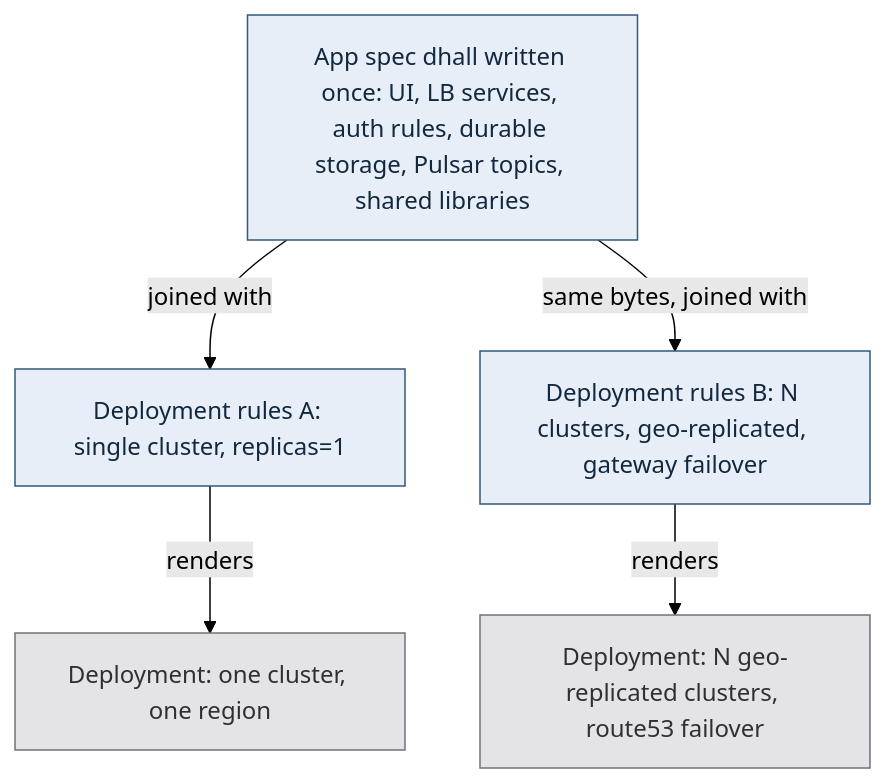
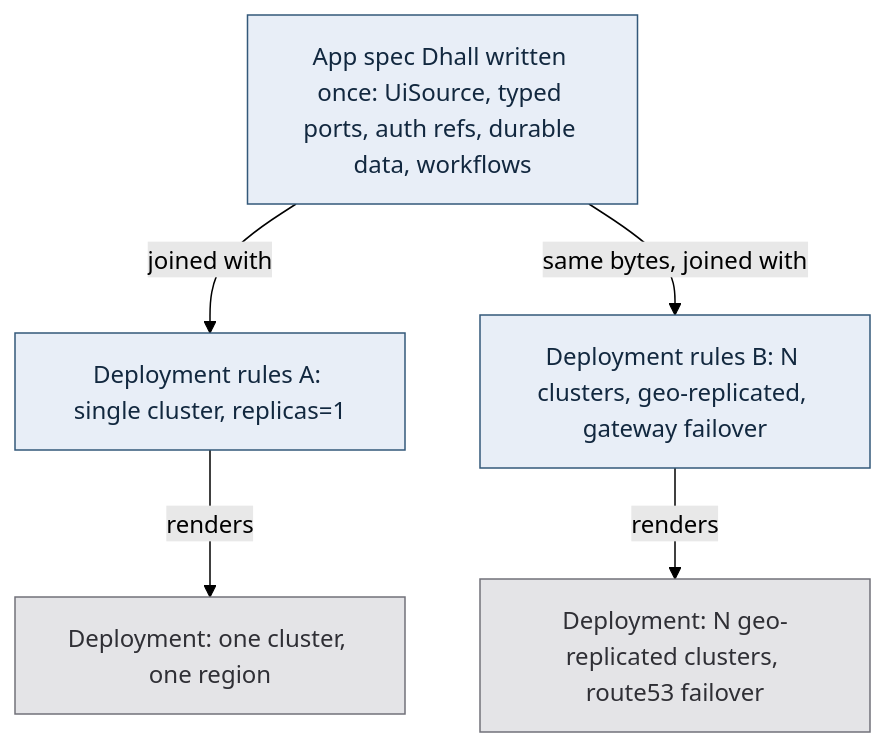
The diagram in documents/engineering/app_vs_deployment_doctrine.md (Tuee22/amoebius), drawn with Mermaid (forest theme) before and after one commit. The commit also changed other lines of this file and 144 other files, not shown here.

````diff
--- a/documents/engineering/app_vs_deployment_doctrine.md
+++ b/documents/engineering/app_vs_deployment_doctrine.md
@@ -324,9 +330,9 @@
 ```mermaid
 flowchart TD
-  app["App spec dhall written once: UI, LB services, auth rules, durable storage, Pulsar topics, shared libraries"]:::intent -->|joined with| r1["Deployment rules A: single cluster, replicas=1"]:::intent
+  app["App spec Dhall written once: UiSource, typed ports, auth refs, durable data, workflows"]:::intent -->|joined with| r1["Deployment rules A: single cluster, replicas=1"]:::intent
   app -->|same bytes, joined with| r2["Deployment rules B: N clusters, geo-replicated, gateway failover"]:::intent
   r1 -->|renders| d1["Deployment: one cluster, one region"]:::runtime
   r2 -->|renders| d2["Deployment: N geo-replicated clusters, route53 failover"]:::runtime
   classDef intent   fill:#e8eef7,stroke:#33587a,color:#12283f,stroke-width:1px
   classDef runtime  fill:#e4e4e7,stroke:#71717a,color:#2f2f35,stroke-width:1px
 ```
````
